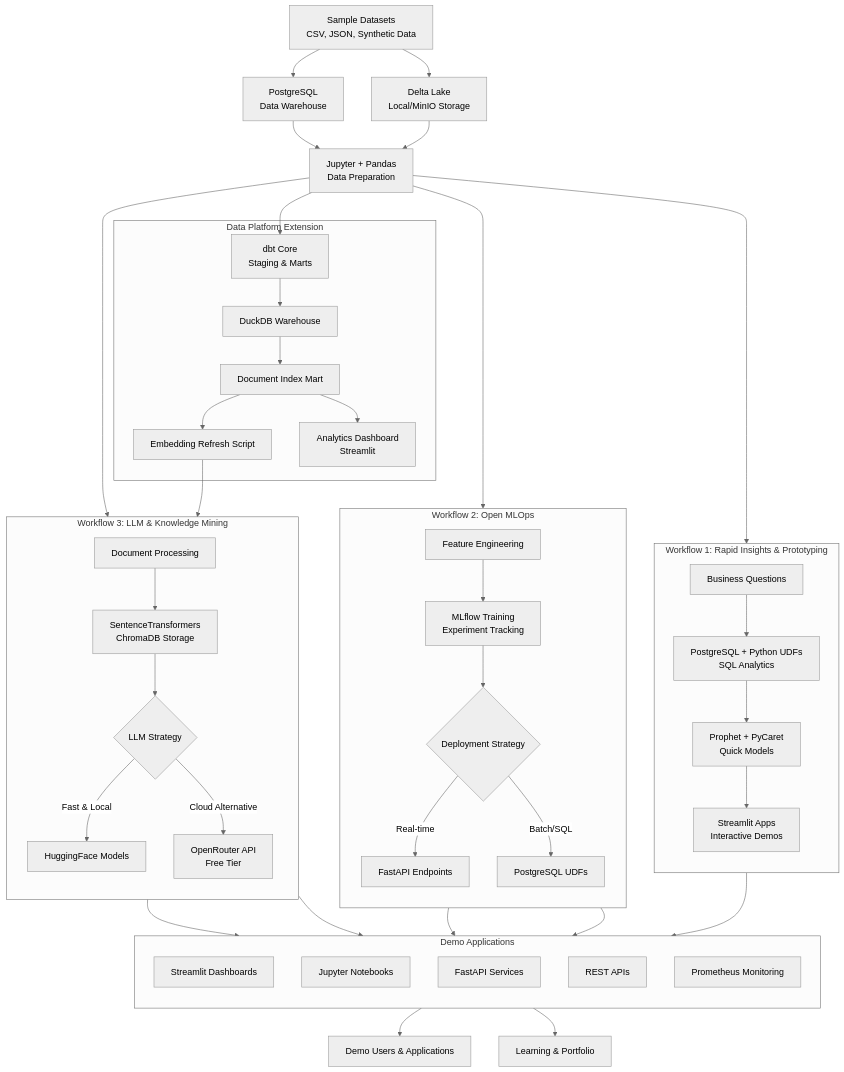
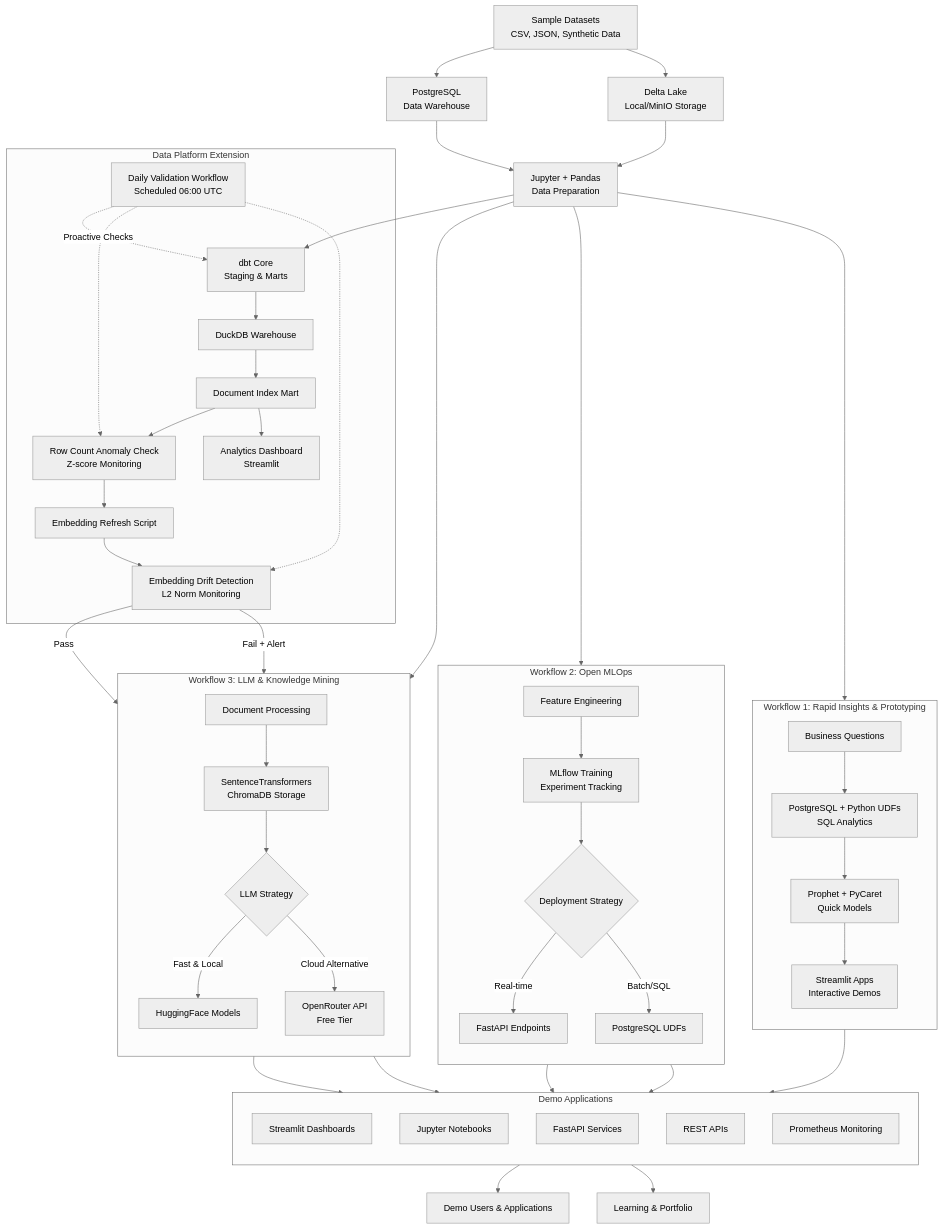
The second of 2 diagrams in ARCHITECTURE.md (justin-mbca/enterprise-ai-workflows), drawn with Mermaid (neutral theme) before and after one commit. The commit also changed other lines of this file, not shown here.

First line of the commit message:
docs: enhance architecture diagram with Phase 3 reliability monitoring

````diff
--- a/ARCHITECTURE.md
+++ b/ARCHITECTURE.md
@@ -94,70 +94,76 @@
 ```mermaid
 flowchart TD
     %% ========== DATA SOURCES ==========
     A[Sample Datasets<br>CSV, JSON, Synthetic Data] --> B[PostgreSQL<br>Data Warehouse]
     A --> C[Delta Lake<br>Local/MinIO Storage]
     
     B --> D[Jupyter + Pandas<br>Data Preparation]
     C --> D
     
     %% ========== WORKFLOW 1: RAPID INSIGHTS ==========
     subgraph W1 [Workflow 1: Rapid Insights & Prototyping]
         direction TB
         W1A[Business Questions] --> W1B[PostgreSQL + Python UDFs<br>SQL Analytics]
         W1B --> W1C[Prophet + PyCaret<br>Quick Models]
         W1C --> W1D[Streamlit Apps<br>Interactive Demos]
     end
     
     D --> W1B
     
     %% ========== WORKFLOW 2: ENTERPRISE MLOPS ==========
     subgraph W2 [Workflow 2: Open MLOps]
         direction TB
         W2A[Feature Engineering] --> W2B[MLflow Training<br>Experiment Tracking]
         W2B --> W2C{Deployment Strategy}
         W2C -->|Real-time| W2D[FastAPI Endpoints]
         W2C -->|Batch/SQL| W2E[PostgreSQL UDFs]
     end
     
     D --> W2A
     
     %% ========== WORKFLOW 3: LLM & RAG APPLICATIONS ==========
     subgraph W3 [Workflow 3: LLM & Knowledge Mining]
         direction TB
         W3A[Document Processing] --> W3B[SentenceTransformers<br>ChromaDB Storage]
         W3B --> W3C{LLM Strategy}
         W3C -->|Fast & Local| W3D[HuggingFace Models]
         W3C -->|Cloud Alternative| W3E[OpenRouter API<br>Free Tier]
     end
     
     D --> W3A
     
     %% ========== UNIFIED ORCHESTRATION & SERVING ==========
     W1D --> F[Docker Compose Orchestration]
     W2D --> F
     W2E --> F
     W3D --> F
     W3E --> F
 
     %% ========== DATA PLATFORM EXTENSION ==========
     subgraph DP [Data Platform Extension]
         DP1[dbt Core<br/>Staging & Marts] --> DP2[DuckDB Warehouse]
         DP2 --> DP3[Document Index Mart]
-        DP3 --> DP4[Embedding Refresh Script]
-        DP4 --> W3B
+        DP3 --> DP6[Row Count Anomaly Check<br/>Z-score Monitoring]
+        DP6 --> DP4[Embedding Refresh Script]
+        DP4 --> DP7[Embedding Drift Detection<br/>L2 Norm Monitoring]
+        DP7 -->|Pass| W3B
+        DP7 -->|Fail + Alert| W3B
         DP3 --> DP5[Analytics Dashboard<br/>Streamlit]
+        DP8[Daily Validation Workflow<br/>Scheduled 06:00 UTC] -.->|Proactive Checks| DP1
+        DP8 -.-> DP6
+        DP8 -.-> DP7
     end
     D --> DP1
     
     subgraph F [Demo Applications]
         direction TB
         F1[Streamlit Dashboards]
         F2[Jupyter Notebooks]
         F3[FastAPI Services]
         F4[REST APIs]
         F5[Prometheus Monitoring]
     end
     
     F --> G[Demo Users & Applications]
     F --> H[Learning & Portfolio]
 ```
````
